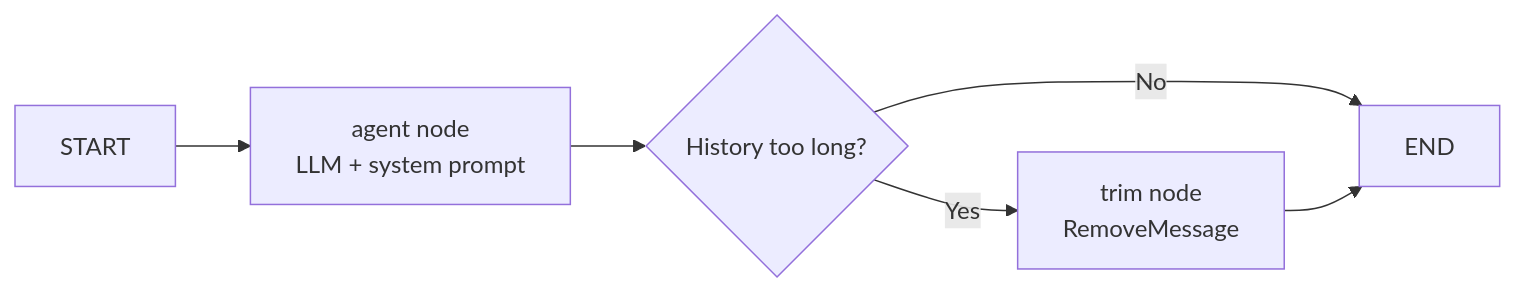
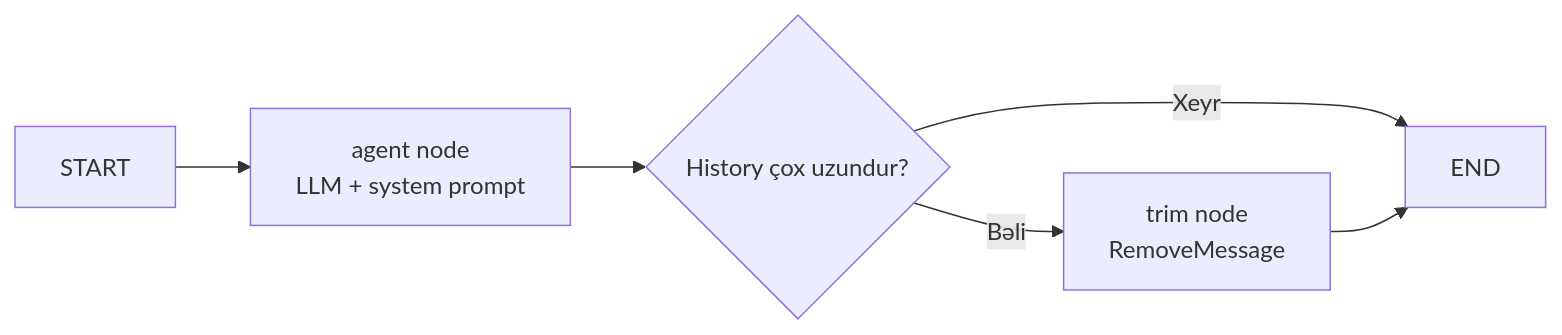
One commit to AlimAlirzayev/voice-ai-agent changed the fourth of 4 diagrams in README.md. Above: the diagram before and after it, drawn with Mermaid. The commit also changed other lines of this file, not shown here.

````diff
--- a/README.md
+++ b/README.md
@@ -128,8 +126,8 @@
 ```mermaid
 flowchart LR
     START --> AGENT["agent node<br/>LLM + system prompt"]
-    AGENT --> CHECK{"History too long?"}
-    CHECK -- "No" --> END
-    CHECK -- "Yes" --> TRIM["trim node<br/>RemoveMessage"]
+    AGENT --> CHECK{"History çox uzundur?"}
+    CHECK -- "Xeyr" --> END
+    CHECK -- "Bəli" --> TRIM["trim node<br/>RemoveMessage"]
     TRIM --> END
 ```
````
